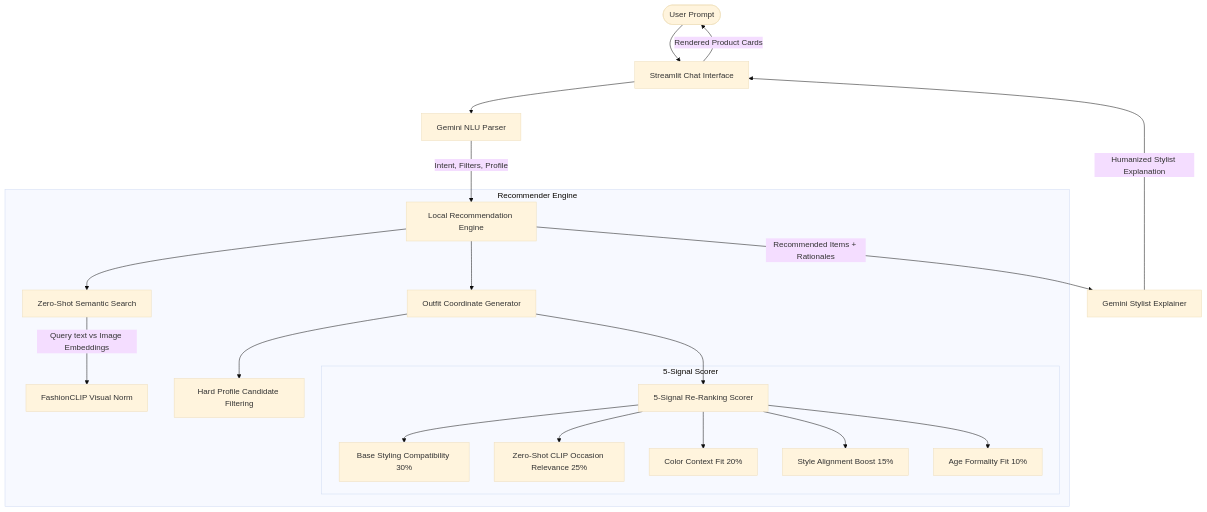
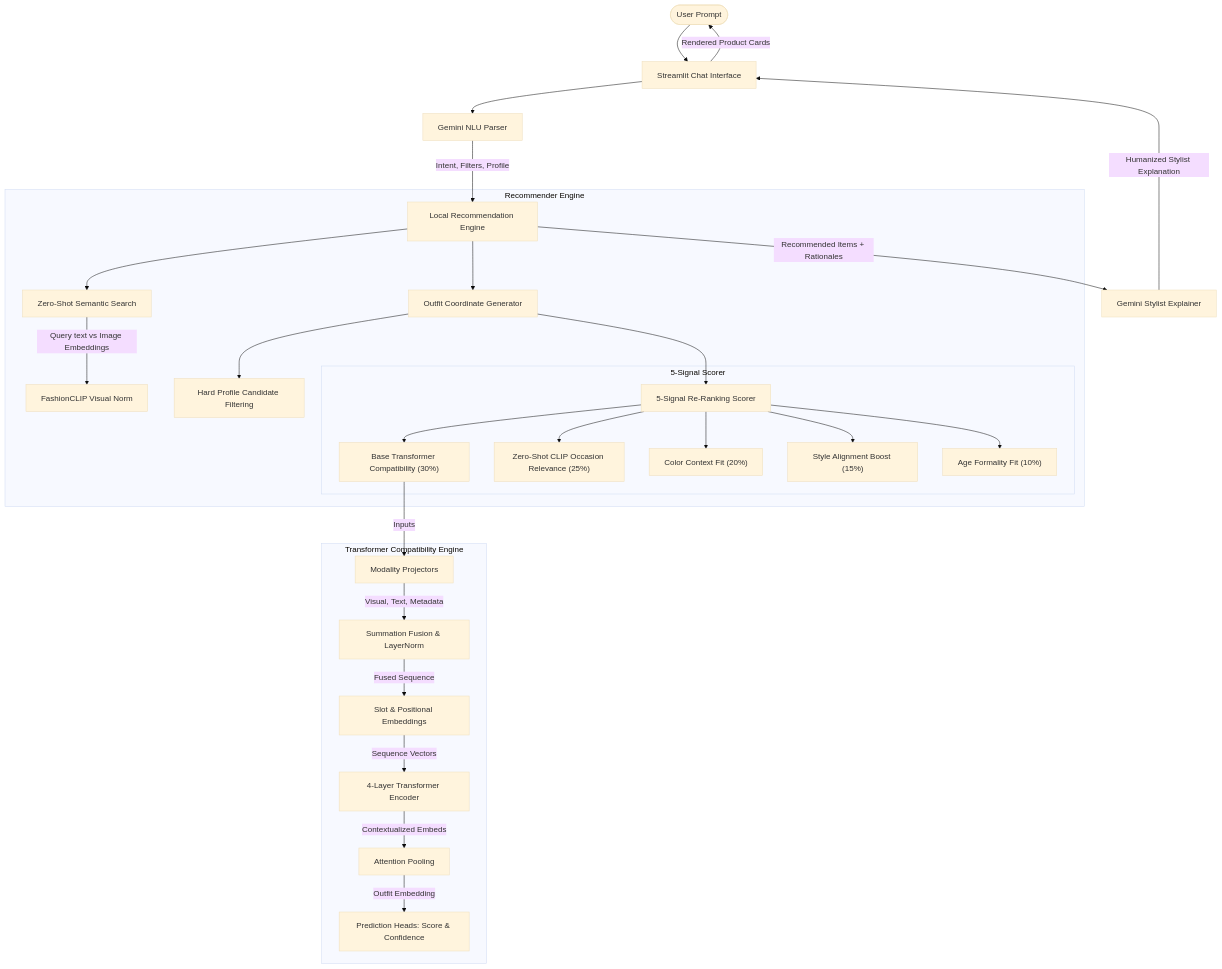
Before and after one commit to kartik4u2002/Outfit_Recommendation_System: the diagram in README.md, drawn with Mermaid (base theme). The commit also changed other lines of this file and 11 other files, not shown here.

Commit message:
Update system architecture to Multimodal Transformer Compatibility Model and integrate with recommender

````diff
--- a/README.md
+++ b/README.md
@@ -166,27 +166,36 @@
 ```mermaid
 graph TD
     User([User Prompt]) --> Streamlit[Streamlit Chat Interface]
     Streamlit --> GeminiParser[Gemini NLU Parser]
     GeminiParser -->|Intent, Filters, Profile| Recommender[Local Recommendation Engine]
     
     subgraph Recommender Engine
         Recommender --> ZeroShotSearch[Zero-Shot Semantic Search]
         ZeroShotSearch -->|Query text vs Image Embeddings| CLIPVisual[FashionCLIP Visual Norm]
         
         Recommender --> OutfitGen[Outfit Coordinate Generator]
         OutfitGen --> CategoryFilter[Hard Profile Candidate Filtering]
         OutfitGen --> ScoreScorer[5-Signal Re-Ranking Scorer]
         
         subgraph 5-Signal Scorer
-            ScoreScorer --> BaseCompat[Base Styling Compatibility 30%]
-            ScoreScorer --> OccasionCLIP[Zero-Shot CLIP Occasion Relevance 25%]
-            ScoreScorer --> ColorPalette[Color Context Fit 20%]
-            ScoreScorer --> StylePref[Style Alignment Boost 15%]
-            ScoreScorer --> AgeGroup[Age Formality Fit 10%]
+            ScoreScorer --> BaseCompat["Base Transformer Compatibility (30%)"]
+            ScoreScorer --> OccasionCLIP["Zero-Shot CLIP Occasion Relevance (25%)"]
+            ScoreScorer --> ColorPalette["Color Context Fit (20%)"]
+            ScoreScorer --> StylePref["Style Alignment Boost (15%)"]
+            ScoreScorer --> AgeGroup["Age Formality Fit (10%)"]
         end
     end
     
     Recommender -->|Recommended Items + Rationales| GeminiHumanizer[Gemini Stylist Explainer]
     GeminiHumanizer -->|Humanized Stylist Explanation| Streamlit
     Streamlit -->|Rendered Product Cards| User
+    
+    subgraph Transformer Compatibility Engine
+        BaseCompat -->|Inputs| ModalityProj[Modality Projectors]
+        ModalityProj -->|Visual, Text, Metadata| ModalityFusion["Summation Fusion & LayerNorm"]
+        ModalityFusion -->|Fused Sequence| SlotPosEmbed[Slot & Positional Embeddings]
+        SlotPosEmbed -->|Sequence Vectors| TransEncoder[4-Layer Transformer Encoder]
+        TransEncoder -->|Contextualized Embeds| AttnPooling[Attention Pooling]
+        AttnPooling -->|Outfit Embedding| PredictionHeads["Prediction Heads: Score & Confidence"]
+    end
 ```
````
